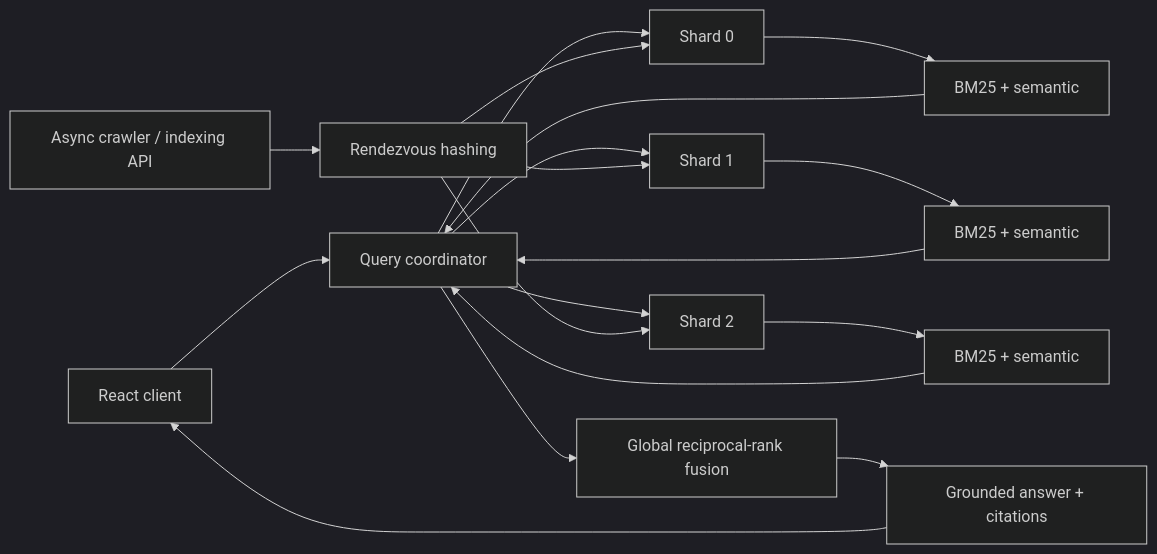
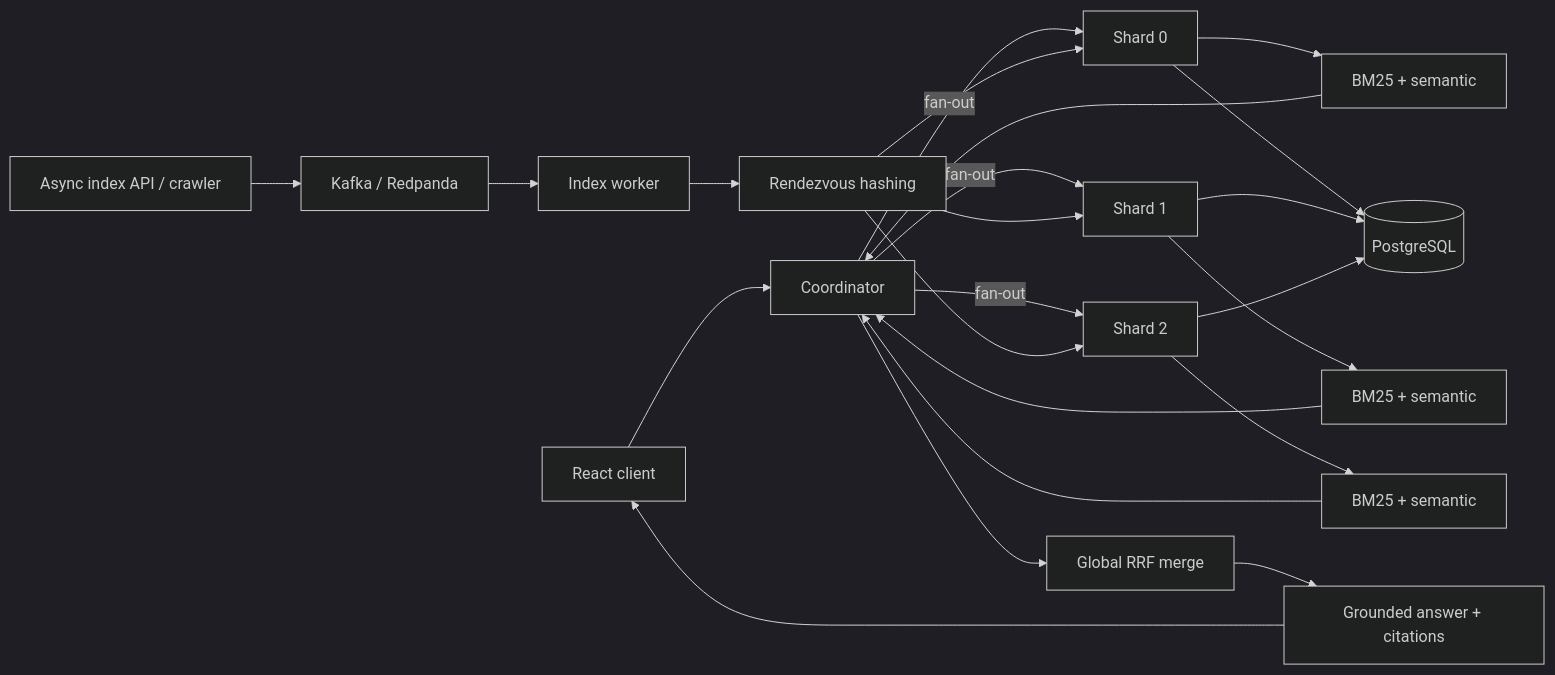
Before and after one commit to samgulati/nexus-search: the diagram in README.md, drawn with Mermaid (dark theme). The commit also changed other lines of this file and 3 other files, not shown here.

Commit message:
Harden architecture and benchmark documentation

````diff
--- a/README.md
+++ b/README.md
@@ -7,23 +9,30 @@
 ```mermaid
 flowchart LR
-    U[React client] --> C[Query coordinator]
-    C --> S0[Shard 0]
-    C --> S1[Shard 1]
-    C --> S2[Shard 2]
+    U[React client] --> C[Coordinator]
 
-    S0 --> B0[BM25 + semantic]
-    S1 --> B1[BM25 + semantic]
-    S2 --> B2[BM25 + semantic]
+    C -->|fan-out| S0[Shard 0]
+    C -->|fan-out| S1[Shard 1]
+    C -->|fan-out| S2[Shard 2]
 
-    B0 --> C
-    B1 --> C
-    B2 --> C
-    C --> R[Global reciprocal-rank fusion]
+    S0 --> I0[BM25 + semantic]
+    S1 --> I1[BM25 + semantic]
+    S2 --> I2[BM25 + semantic]
+
+    I0 --> C
+    I1 --> C
+    I2 --> C
+    C --> R[Global RRF merge]
     R --> G[Grounded answer + citations]
     G --> U
 
-    W[Async crawler / indexing API] --> H[Rendezvous hashing]
+    W[Async index API / crawler] --> K[Kafka / Redpanda]
+    K --> X[Index worker]
+    X --> H[Rendezvous hashing]
     H --> S0
     H --> S1
     H --> S2
+
+    S0 --> P[(PostgreSQL)]
+    S1 --> P
+    S2 --> P
 ```
````
